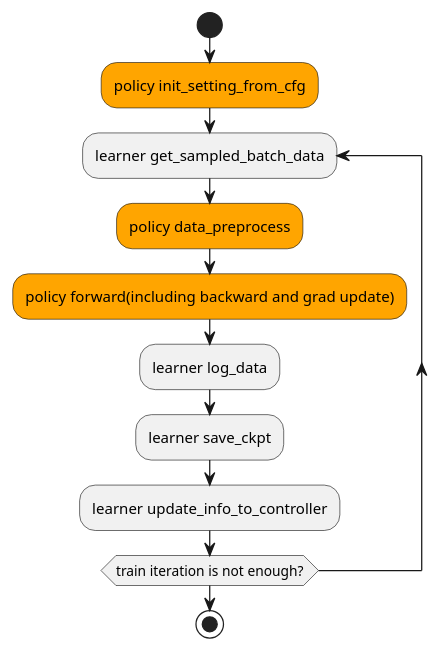
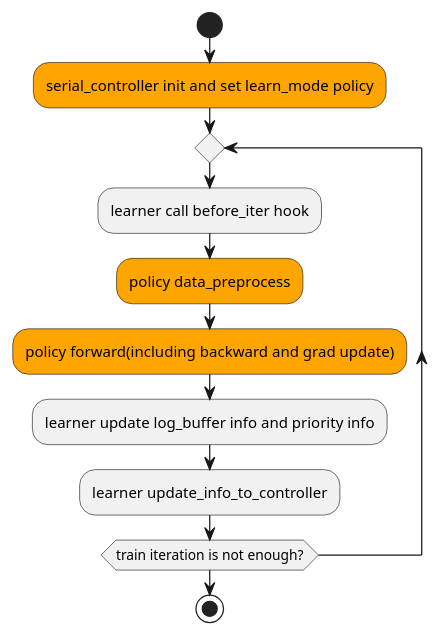
The diagram in nervex/design/serial_learner.puml (opendilab/DI-engine), drawn with PlantUML before and after one commit. The commit also changed 9 other files, not shown here.

Commit message:
modify serial design uml

```diff
--- a/nervex/design/serial_learner.puml
+++ b/nervex/design/serial_learner.puml
@@ -1,13 +1,12 @@
-@startuml
+@startuml serial_learner
 start
-#orange:policy init_setting_from_cfg;
-repeat :learner get_sampled_batch_data
+#orange:serial_controller init and set learn_mode policy;
+repeat
+  :learner call before_iter hook;
   #orange:policy data_preprocess;
   #orange:policy forward(including backward and grad update);
-  :learner log_data;
-  :learner save_ckpt;
+  :learner update log_buffer info and priority info;
   :learner update_info_to_controller;
-
 repeat while (train iteration is not enough?)
 stop
 @enduml
```
